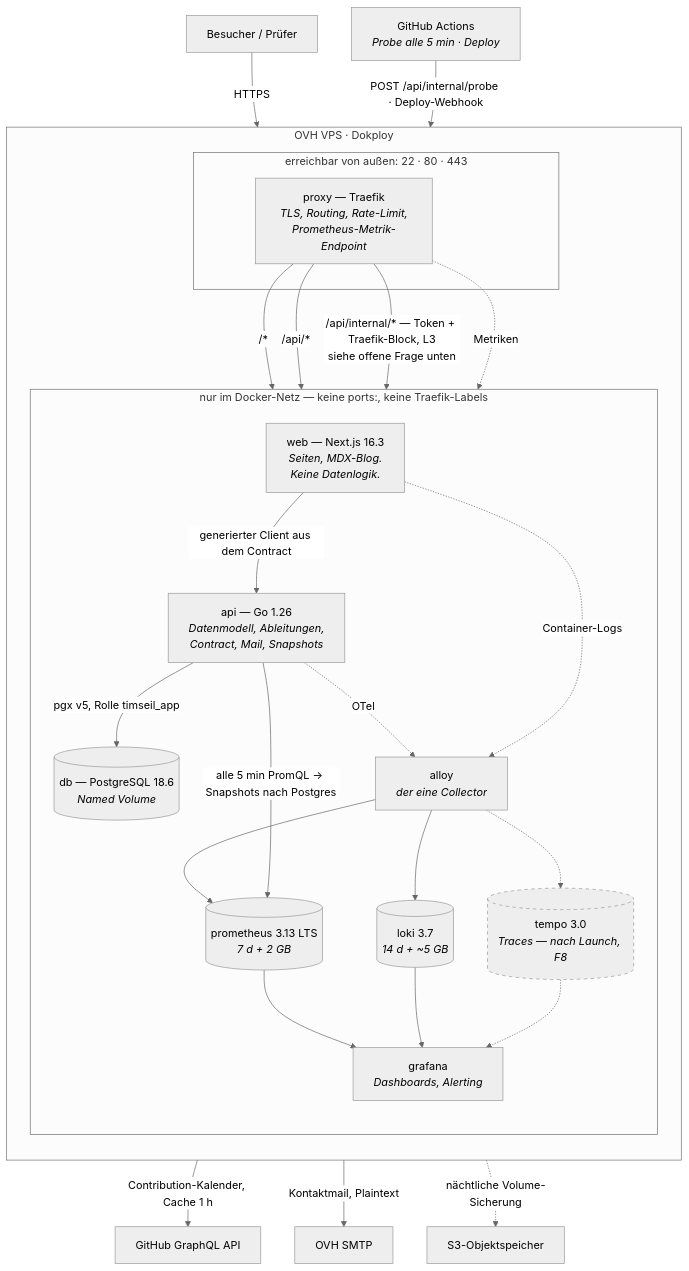
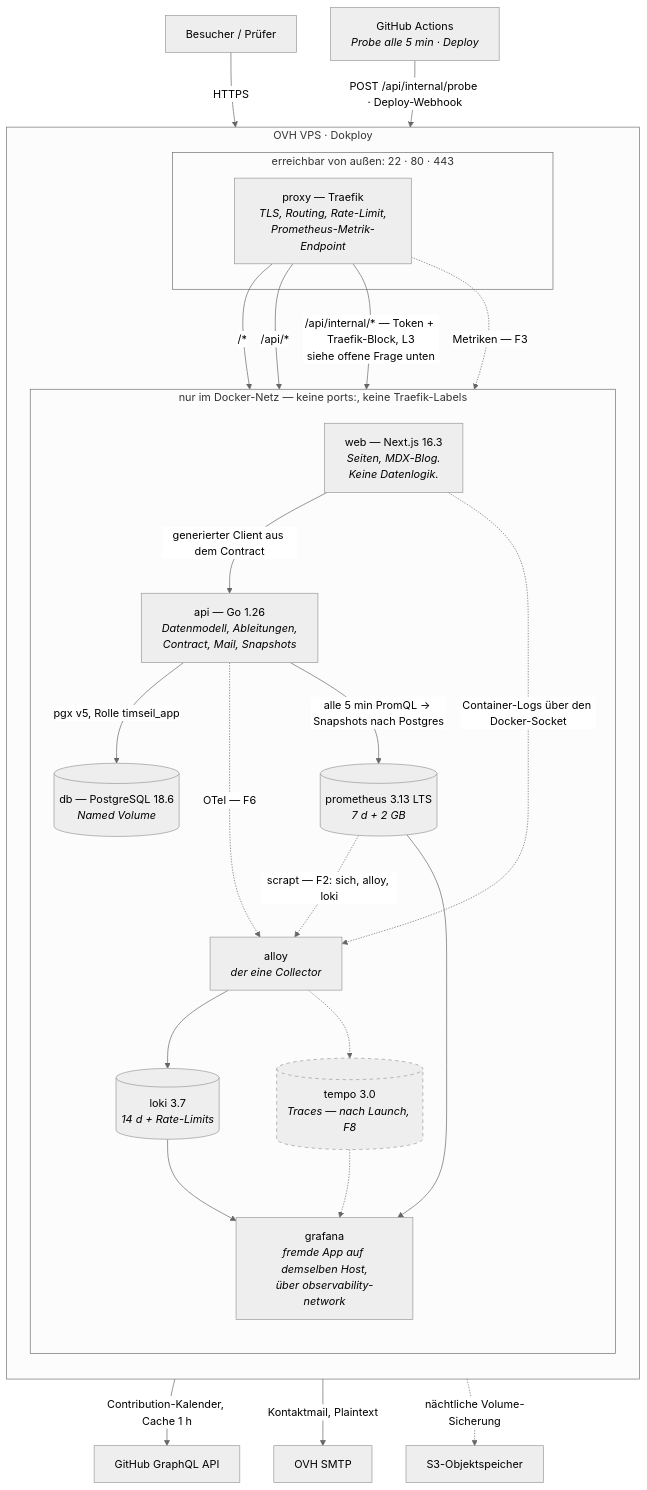
One commit to G1NG4R/timseil-dev changed the diagram in docs/architecture/c4-container.md. Above: the diagram before and after it, drawn with Mermaid (neutral theme). The commit also changed other lines of this file and 15 other files, not shown here.

````diff
--- a/docs/architecture/c4-container.md
+++ b/docs/architecture/c4-container.md
@@ -11,55 +11,55 @@
 ```mermaid
 flowchart TB
     visitor["Besucher / Prüfer"]
     ghactions["GitHub Actions<br/><i>Probe alle 5 min · Deploy</i>"]
 
     subgraph host ["OVH VPS · Dokploy"]
         direction TB
 
         subgraph edge ["erreichbar von außen: 22 · 80 · 443"]
             proxy["proxy — Traefik<br/><i>TLS, Routing, Rate-Limit,<br/>Prometheus-Metrik-Endpoint</i>"]
         end
 
         subgraph net ["nur im Docker-Netz — keine ports:, keine Traefik-Labels"]
             direction TB
             web["web — Next.js 16.3<br/><i>Seiten, MDX-Blog.<br/>Keine Datenlogik.</i>"]
             api["api — Go 1.26<br/><i>Datenmodell, Ableitungen,<br/>Contract, Mail, Snapshots</i>"]
             db[("db — PostgreSQL 18.6<br/><i>Named Volume</i>")]
             alloy["alloy<br/><i>der eine Collector</i>"]
             prom[("prometheus 3.13 LTS<br/><i>7 d + 2 GB</i>")]
-            loki[("loki 3.7<br/><i>14 d + ~5 GB</i>")]
-            graf["grafana<br/><i>Dashboards, Alerting</i>"]
+            loki[("loki 3.7<br/><i>14 d + Rate-Limits</i>")]
+            graf["grafana<br/><i>fremde App auf demselben Host,<br/>über observability-network</i>"]
             tempo[("tempo 3.0<br/><i>Traces — nach Launch, F8</i>")]
         end
     end
 
     ghapi["GitHub GraphQL API"]
     smtp["OVH SMTP"]
     s3["S3-Objektspeicher"]
 
     visitor -->|HTTPS| proxy
     proxy -->|"/*"| web
     proxy -->|"/api/*"| api
     proxy -->|"/api/internal/* — Token + Traefik-Block, L3<br/>siehe offene Frage unten"| api
     web -->|"generierter Client aus dem Contract"| api
     api -->|"pgx v5, Rolle timseil_app"| db
 
-    proxy -.->|"Metriken"| alloy
-    api -.->|"OTel"| alloy
-    web -.->|"Container-Logs"| alloy
-    alloy --> prom
+    proxy -.->|"Metriken — F3"| prom
+    api -.->|"OTel — F6"| alloy
+    web -.->|"Container-Logs über den Docker-Socket"| alloy
+    prom -.->|"scrapt — F2: sich, alloy, loki"| alloy
     alloy --> loki
     alloy -.-> tempo
     prom --> graf
     loki --> graf
     tempo -.-> graf
 
     api -->|"alle 5 min PromQL → Snapshots nach Postgres"| prom
     api -->|"Contribution-Kalender, Cache 1 h"| ghapi
     api -->|"Kontaktmail, Plaintext"| smtp
     ghactions -->|"POST /api/internal/probe · Deploy-Webhook"| proxy
     db -.->|"nächtliche Volume-Sicherung"| s3
 
     classDef later stroke-dasharray: 5 5;
     class tempo later;
 ```
````
